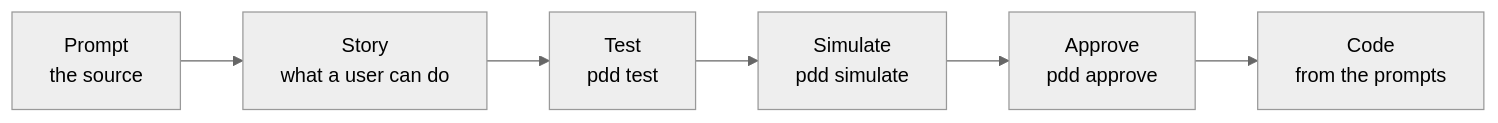
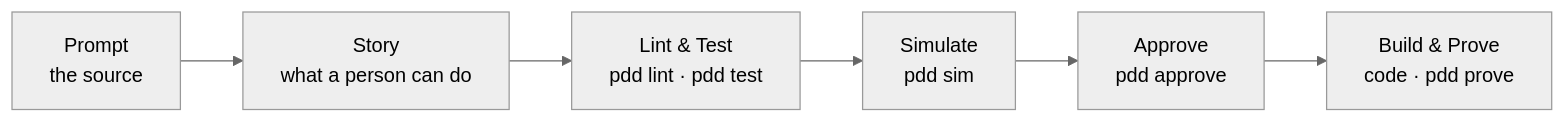
The diagram in README.md (promptdriven/pdd), drawn with Mermaid (neutral theme) before and after one commit. The commit also changed other lines of this file and 65 other files, not shown here.

````diff
--- a/README.md
+++ b/README.md
@@ -7,8 +7,8 @@
 ```mermaid
 flowchart LR
-  P["Prompt<br/>the source"] --> S["Story<br/>what a user can do"]
-  S --> C["Test<br/>pdd test"]
-  C --> T["Simulate<br/>pdd simulate"]
+  P["Prompt<br/>the source"] --> S["Story<br/>what a person can do"]
+  S --> L["Lint & Test<br/>pdd lint · pdd test"]
+  L --> T["Simulate<br/>pdd sim"]
   T --> A["Approve<br/>pdd approve"]
-  A --> K["Code<br/>from the prompts"]
+  A --> K["Build & Prove<br/>code · pdd prove"]
 ```
````
